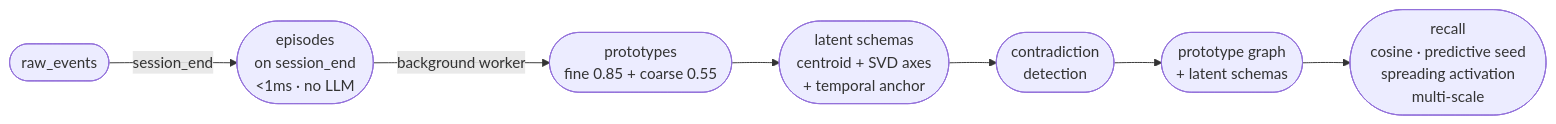
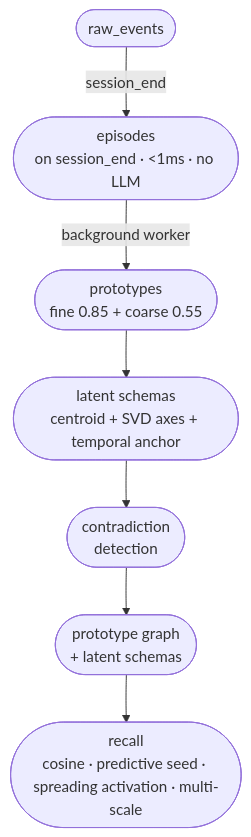
Before and after one commit to mrsalty/slowave: the first of 16 diagrams in docs/architecture.md, drawn with Mermaid.

Commit message:
docs: make overview flowchart vertical (TD)

````diff
--- a/docs/architecture.md
+++ b/docs/architecture.md
@@ -5,17 +5,17 @@
 ```mermaid
-flowchart LR
+flowchart TD
     RE([raw_events])
-    EP([episodes\non session_end\n<1ms · no LLM])
+    EP([episodes\non session_end · <1ms · no LLM])
     PR([prototypes\nfine 0.85 + coarse 0.55])
-    LS([latent schemas\ncentroid + SVD axes\n+ temporal anchor])
+    LS([latent schemas\ncentroid + SVD axes + temporal anchor])
     CD([contradiction\ndetection])
     PG([prototype graph\n+ latent schemas])
-    RC([recall\ncosine · predictive seed\nspreading activation\nmulti-scale])
+    RC([recall\ncosine · predictive seed · spreading activation · multi-scale])
 
     RE -->|session_end| EP
     EP -->|background worker| PR
     PR --> LS
     LS --> CD
     CD --> PG
     PG --> RC
 ```
````
